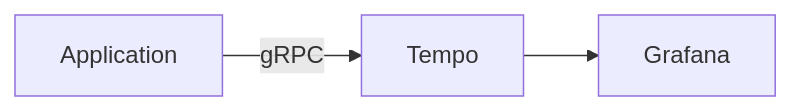
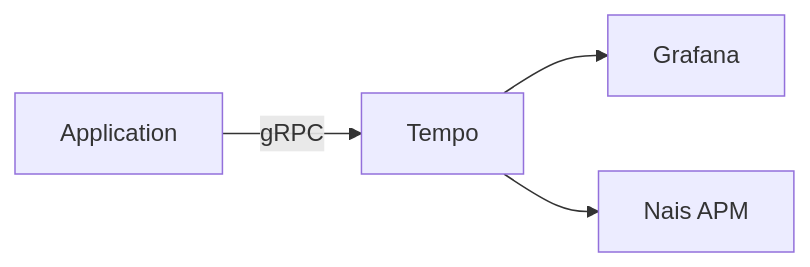
The fourth of 5 diagrams in docs/observability/README.md (nais/doc), drawn with Mermaid before and after one commit. The commit also changed other lines of this file and 9 other files, not shown here.

````diff
--- a/docs/observability/README.md
+++ b/docs/observability/README.md
@@ -107,5 +102,6 @@
 ```mermaid
 graph LR
   Application --gRPC--> Tempo
   Tempo --> Grafana
+  Tempo --> APM[Nais APM]
 ```
````
